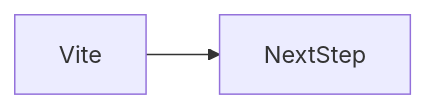
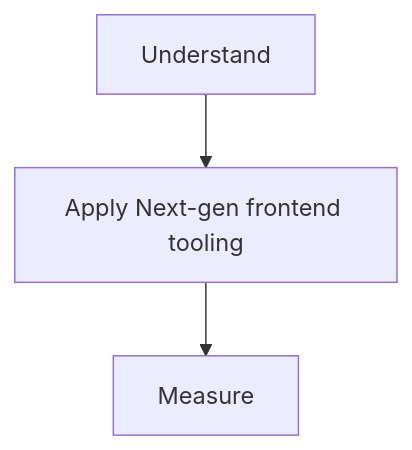
Before and after one commit to OmidJavaherii/Frontend-Engineering-Handbook: the second of 2 diagrams in docs/en/14-build-tools/vite/index.md, drawn with Mermaid. The commit also changed other lines of this file and 461 other files, not shown here.

````diff
--- a/docs/en/14-build-tools/vite/index.md
+++ b/docs/en/14-build-tools/vite/index.md
@@ -95,4 +111,5 @@
 ```mermaid
-flowchart LR
-  concept[Vite] --> nextStep[NextStep]
+flowchart TD
+  A[Understand] --> B[Apply Next-gen frontend tooling]
+  B --> C[Measure]
 ```
````
